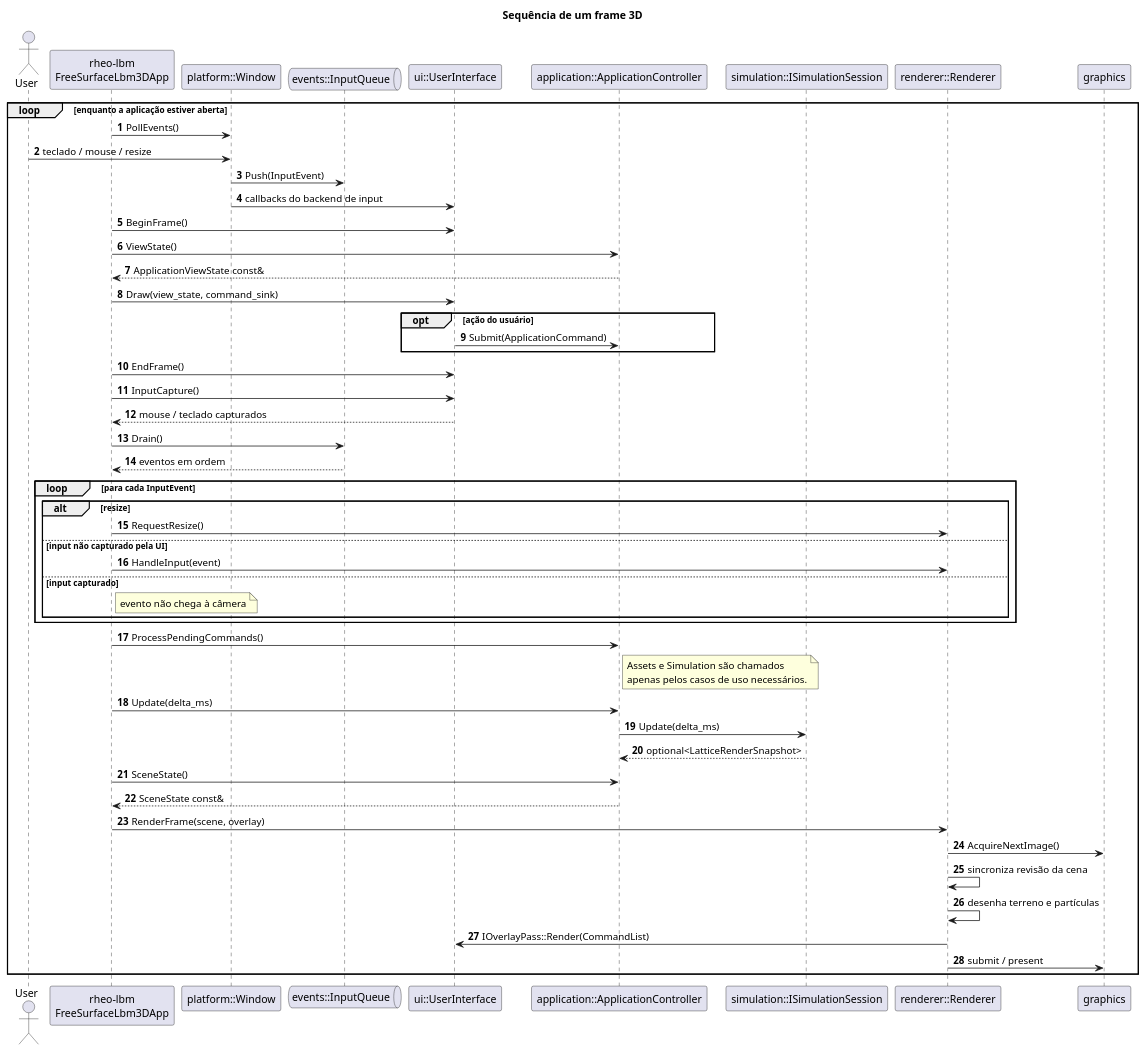
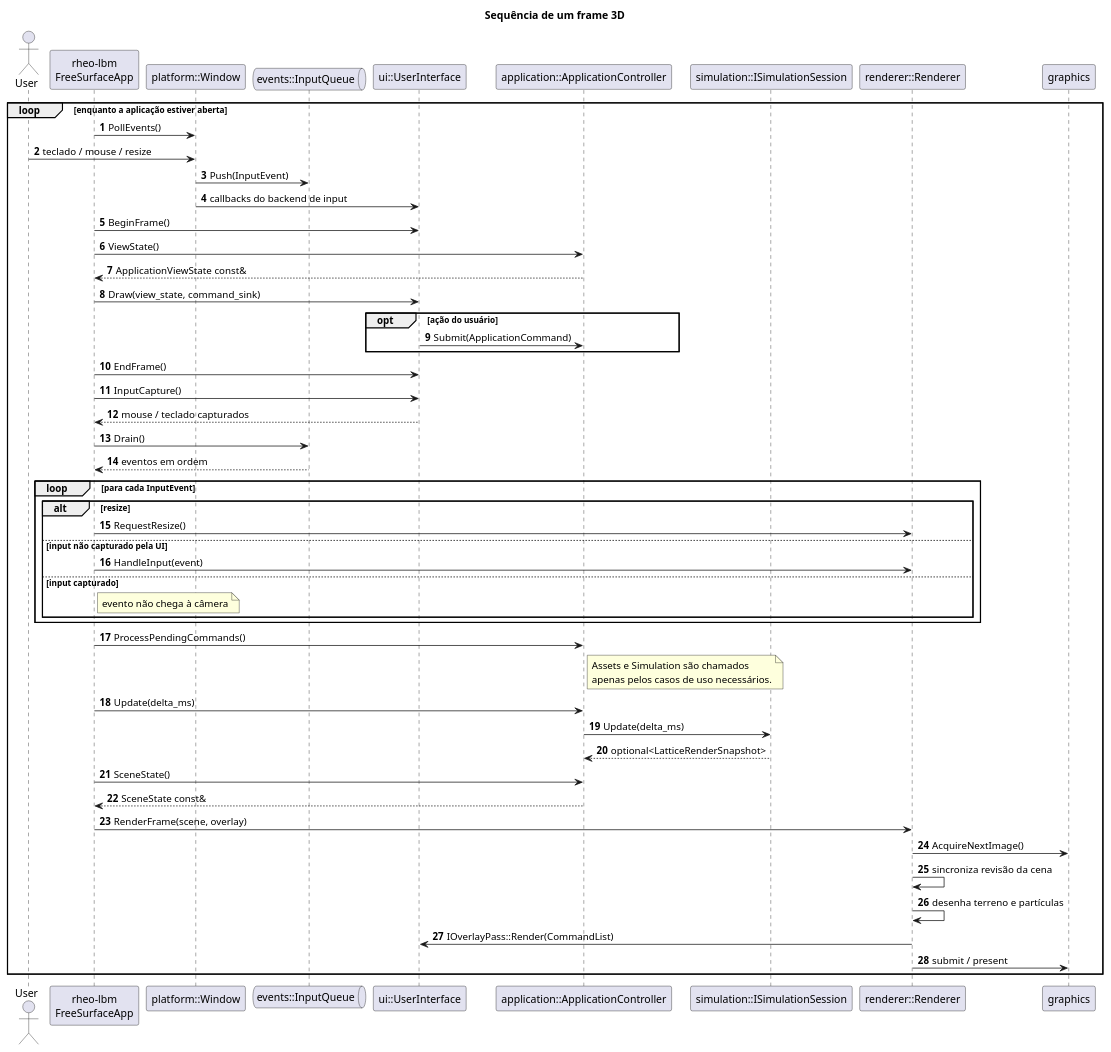
Before and after one commit to leandro-barcelos/rheo-lbm: the diagram in docs/uml/05-frame-loop-sequence.puml, drawn with PlantUML. The commit also changed 21 other files, not shown here.

```diff
--- a/docs/uml/05-frame-loop-sequence.puml
+++ b/docs/uml/05-frame-loop-sequence.puml
@@ -1,67 +1,67 @@
 @startuml
 title Sequência de um frame 3D
 
 skinparam backgroundColor transparent
 skinparam shadowing false
 autonumber
 
 actor User
-participant "rheo-lbm\nFreeSurfaceLbm3DApp" as Root
+participant "rheo-lbm\nFreeSurfaceApp" as Root
 participant "platform::Window" as Window
 queue "events::InputQueue" as InputQueue
 participant "ui::UserInterface" as UI
 participant "application::ApplicationController" as Application
 participant "simulation::ISimulationSession" as Simulation
 participant "renderer::Renderer" as Renderer
 participant "graphics" as Graphics
 
 loop enquanto a aplicação estiver aberta
   Root -> Window : PollEvents()
   User -> Window : teclado / mouse / resize
   Window -> InputQueue : Push(InputEvent)
   Window -> UI : callbacks do backend de input
 
   Root -> UI : BeginFrame()
   Root -> Application : ViewState()
   Application --> Root : ApplicationViewState const&
   Root -> UI : Draw(view_state, command_sink)
   opt ação do usuário
     UI -> Application : Submit(ApplicationCommand)
   end
   Root -> UI : EndFrame()
   Root -> UI : InputCapture()
   UI --> Root : mouse / teclado capturados
 
   Root -> InputQueue : Drain()
   InputQueue --> Root : eventos em ordem
   loop para cada InputEvent
     alt resize
       Root -> Renderer : RequestResize()
     else input não capturado pela UI
       Root -> Renderer : HandleInput(event)
     else input capturado
       note right of Root : evento não chega à câmera
     end
   end
 
   Root -> Application : ProcessPendingCommands()
   note right of Application
     Assets e Simulation são chamados
     apenas pelos casos de uso necessários.
   end note
 
   Root -> Application : Update(delta_ms)
   Application -> Simulation : Update(delta_ms)
   Simulation --> Application : optional<LatticeRenderSnapshot>
 
   Root -> Application : SceneState()
   Application --> Root : SceneState const&
   Root -> Renderer : RenderFrame(scene, overlay)
   Renderer -> Graphics : AcquireNextImage()
   Renderer -> Renderer : sincroniza revisão da cena
   Renderer -> Renderer : desenha terreno e partículas
   Renderer -> UI : IOverlayPass::Render(CommandList)
   Renderer -> Graphics : submit / present
 end
 
 @enduml
```
